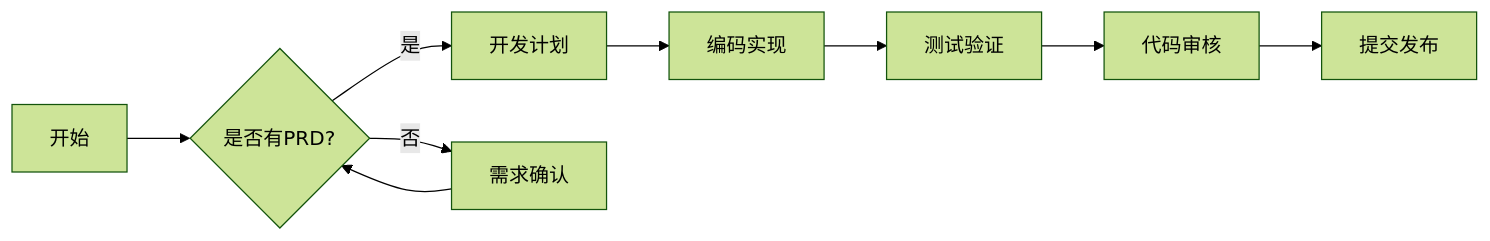
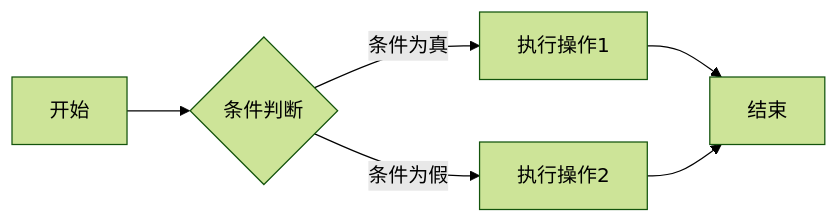
Before and after one commit to jacobcy/VibeCopilot: the diagram in .cursor/rules/dev-rules/vibe_convention.mdc, drawn with Mermaid (forest theme). The commit also changed other lines of this file and 77 other files, not shown here.

````diff
--- a/.cursor/rules/dev-rules/vibe_convention.mdc
+++ b/.cursor/rules/dev-rules/vibe_convention.mdc
@@ -57,11 +60,8 @@
 ```mermaid
 flowchart LR
-    A[开始] --> B{是否有PRD?}
-    B -->|是| C[开发计划]
-    B -->|否| D[需求确认]
-    D --> B
-    C --> E[编码实现]
-    E --> F[测试验证]
-    F --> G[代码审核]
-    G --> H[提交发布]
+    A[开始] --> B{条件判断}
+    B -->|条件为真| C[执行操作1]
+    B -->|条件为假| D[执行操作2]
+    C --> E[结束]
+    D --> E
 ```
````
